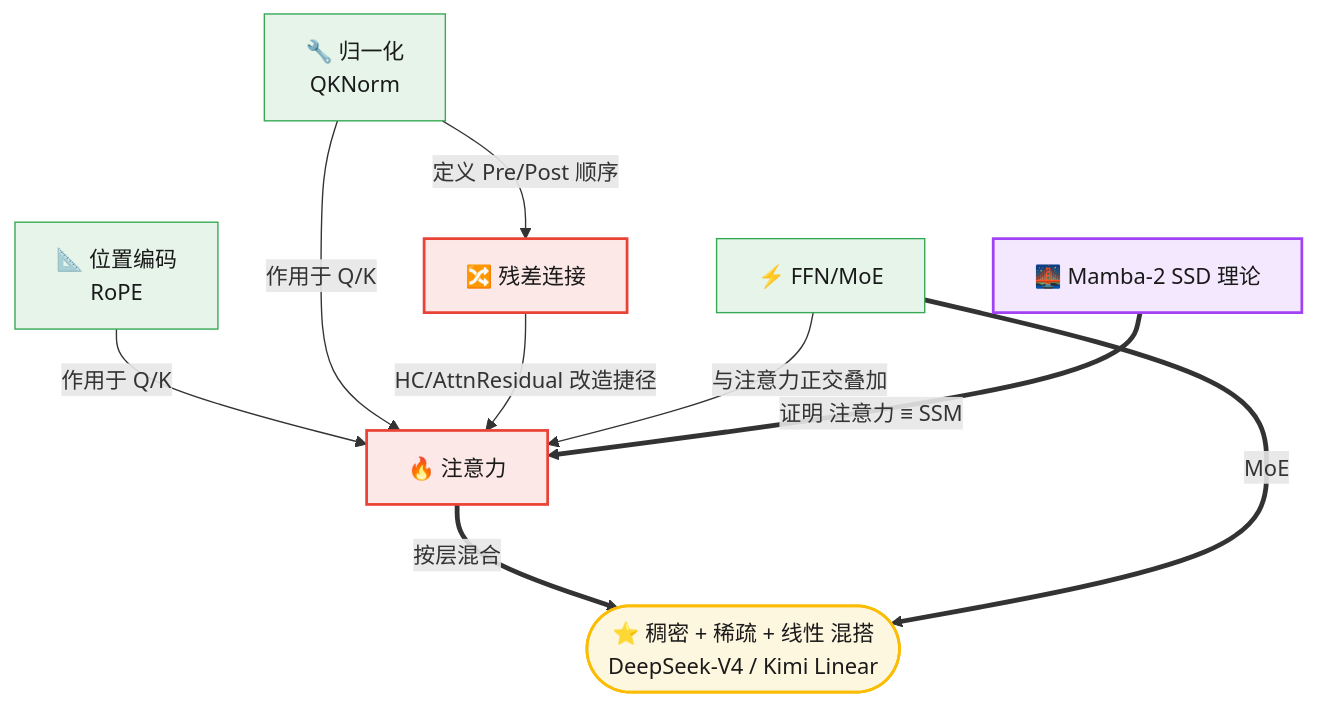
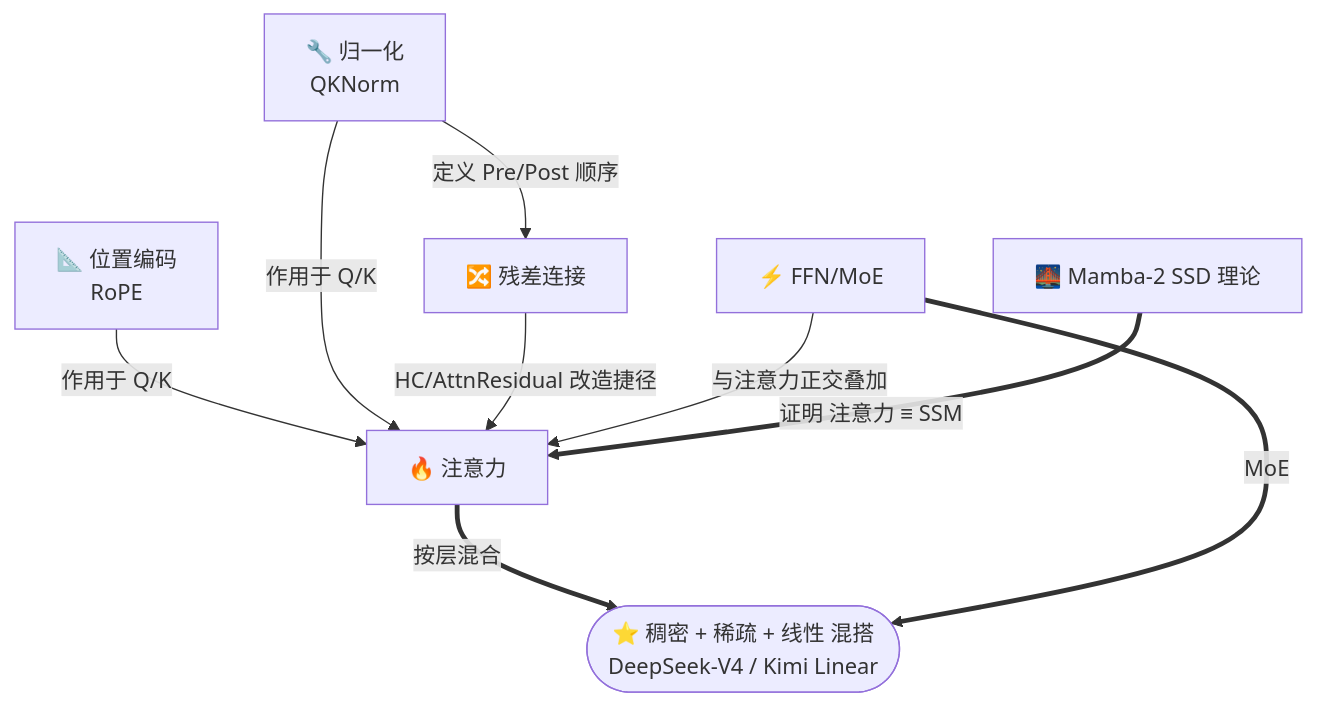
The third of 3 diagrams in llm_arch_evolution.md (xiongfree/mywiki), drawn with Mermaid before and after one commit. The commit also changed other lines of this file, not shown here.

````diff
--- a/llm_arch_evolution.md
+++ b/llm_arch_evolution.md
@@ -924,21 +915,11 @@
 ```mermaid
 graph TB
     PE["📐 位置编码<br/>RoPE"] -->|作用于 Q/K| ATT
     NORM["🔧 归一化<br/>QKNorm"] -->|作用于 Q/K| ATT
     NORM -->|定义 Pre/Post 顺序| RES["🔀 残差连接"]
     RES -->|HC/AttnResidual 改造捷径| ATT["🔥 注意力"]
     FFN["⚡ FFN/MoE"] -->|与注意力正交叠加| ATT
     SSD["🌉 Mamba-2 SSD 理论"] ==>|证明 注意力 ≡ SSM| ATT
     ATT ==>|按层混合| MIX(["⭐ 稠密 + 稀疏 + 线性 混搭<br/>DeepSeek-V4 / Kimi Linear"])
     FFN ==>|MoE| MIX
-
-    classDef converged fill:#e6f4ea,stroke:#34a853,color:#1a1a1a;
-    classDef battle fill:#fce8e6,stroke:#ea4335,stroke-width:2px,color:#1a1a1a;
-    classDef bridge fill:#f3e8fd,stroke:#a142f4,stroke-width:2px,color:#1a1a1a;
-    classDef endnode fill:#fef7e0,stroke:#fbbc04,stroke-width:2px,color:#1a1a1a;
-
-    class PE,NORM,FFN converged;
-    class RES,ATT battle;
-    class SSD bridge;
-    class MIX endnode;
 ```
````
